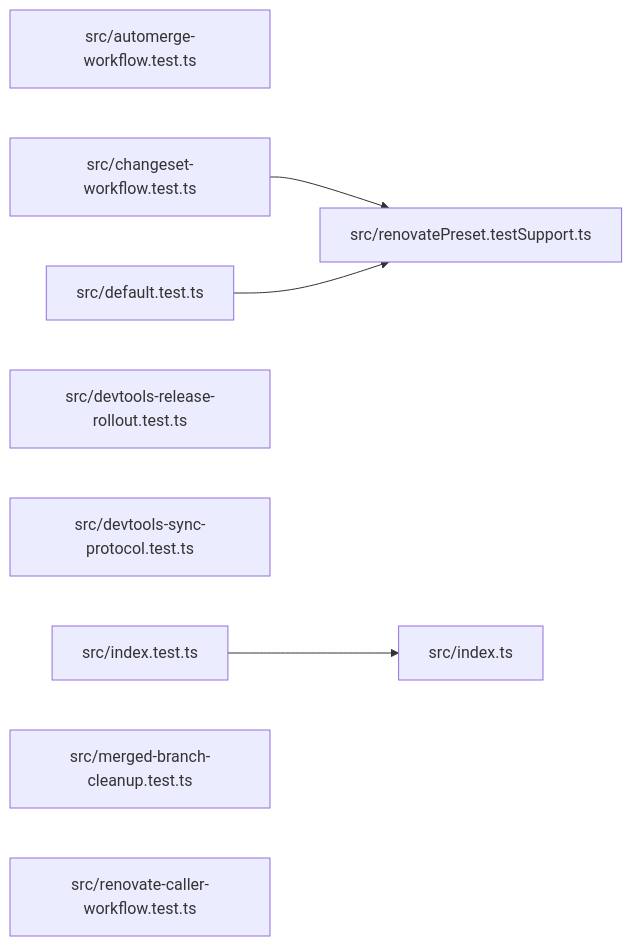
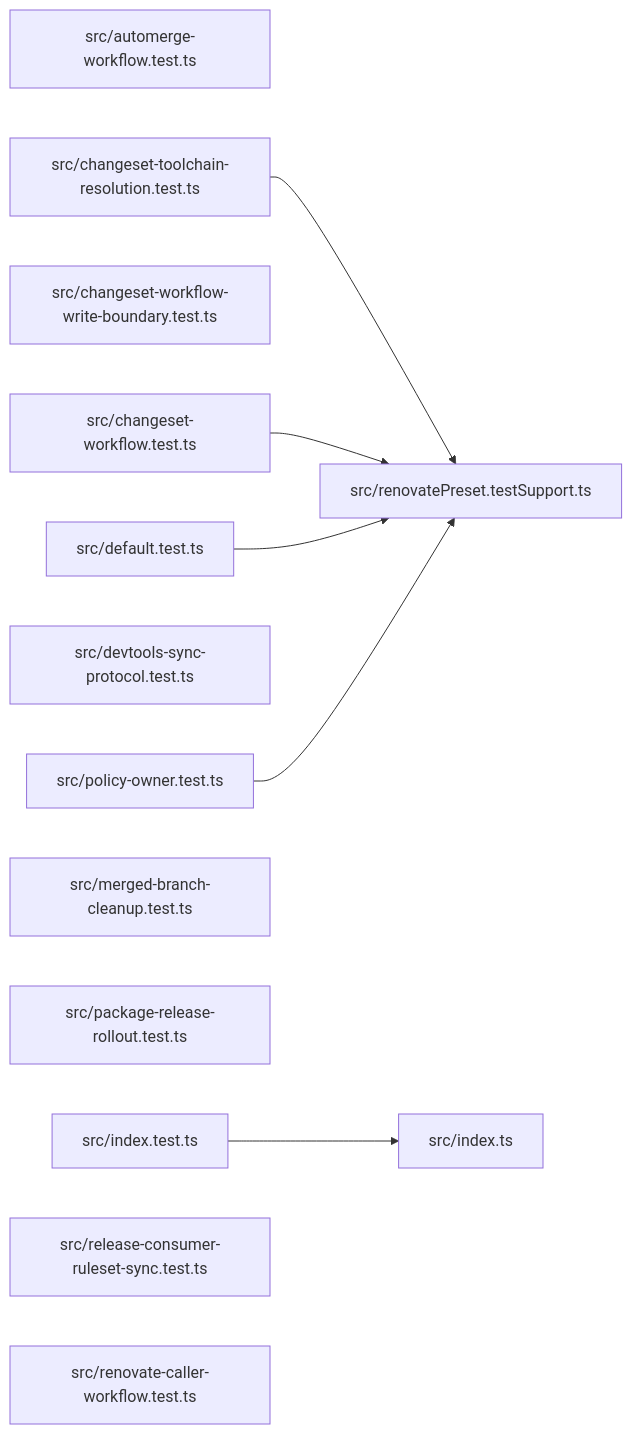
The diagram in paradox/diagrams/module-relationships.mmd (ankhorage/renovate), drawn with Mermaid before and after one commit. The commit also changed 13 other files, not shown here.

```diff
--- a/paradox/diagrams/module-relationships.mmd
+++ b/paradox/diagrams/module-relationships.mmd
@@ -1,14 +1,20 @@
 graph LR
   module_src_automerge_workflow_test_ts["src/automerge-workflow.test.ts"]
+  module_src_changeset_toolchain_resolution_test_ts["src/changeset-toolchain-resolution.test.ts"]
+  module_src_changeset_workflow_write_boundary_test_ts["src/changeset-workflow-write-boundary.test.ts"]
   module_src_changeset_workflow_test_ts["src/changeset-workflow.test.ts"]
   module_src_default_test_ts["src/default.test.ts"]
-  module_src_devtools_release_rollout_test_ts["src/devtools-release-rollout.test.ts"]
   module_src_devtools_sync_protocol_test_ts["src/devtools-sync-protocol.test.ts"]
   module_src_index_test_ts["src/index.test.ts"]
   module_src_index_ts["src/index.ts"]
   module_src_merged_branch_cleanup_test_ts["src/merged-branch-cleanup.test.ts"]
+  module_src_package_release_rollout_test_ts["src/package-release-rollout.test.ts"]
+  module_src_policy_owner_test_ts["src/policy-owner.test.ts"]
+  module_src_release_consumer_ruleset_sync_test_ts["src/release-consumer-ruleset-sync.test.ts"]
   module_src_renovate_caller_workflow_test_ts["src/renovate-caller-workflow.test.ts"]
   module_src_renovatePreset_testSupport_ts["src/renovatePreset.testSupport.ts"]
+  module_src_changeset_toolchain_resolution_test_ts --> module_src_renovatePreset_testSupport_ts
   module_src_changeset_workflow_test_ts --> module_src_renovatePreset_testSupport_ts
   module_src_default_test_ts --> module_src_renovatePreset_testSupport_ts
   module_src_index_test_ts --> module_src_index_ts
+  module_src_policy_owner_test_ts --> module_src_renovatePreset_testSupport_ts
```
